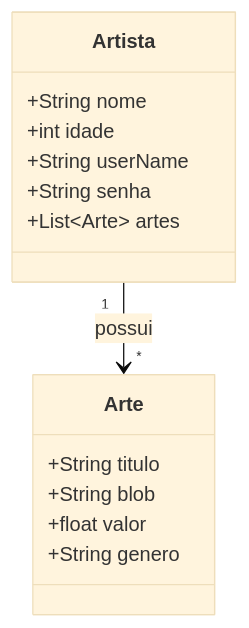
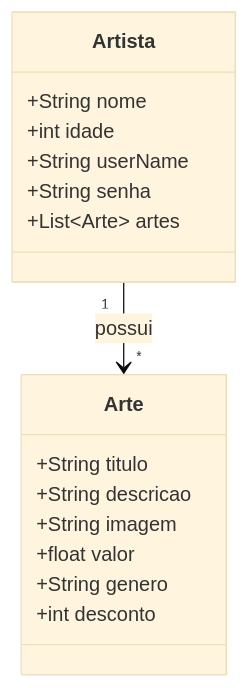
The diagram in README.md (GigliarlyM/Traits-server), drawn with Mermaid (base theme) before and after one commit. The commit also changed 10 other files, not shown here.

````diff
--- a/README.md
+++ b/README.md
@@ -10,20 +10,22 @@
 ```mermaid
 classDiagram
     class Artista {
         +String nome
         +int idade
         +String userName
         +String senha
         +List~Arte~ artes
     }
     
     class Arte {
         +String titulo
-        +String blob
+        +String descricao
+        +String imagem
         +float valor
         +String genero
+        +int desconto
     }
     
     Artista "1" --> "*" Arte : possui
 
 ```
````
